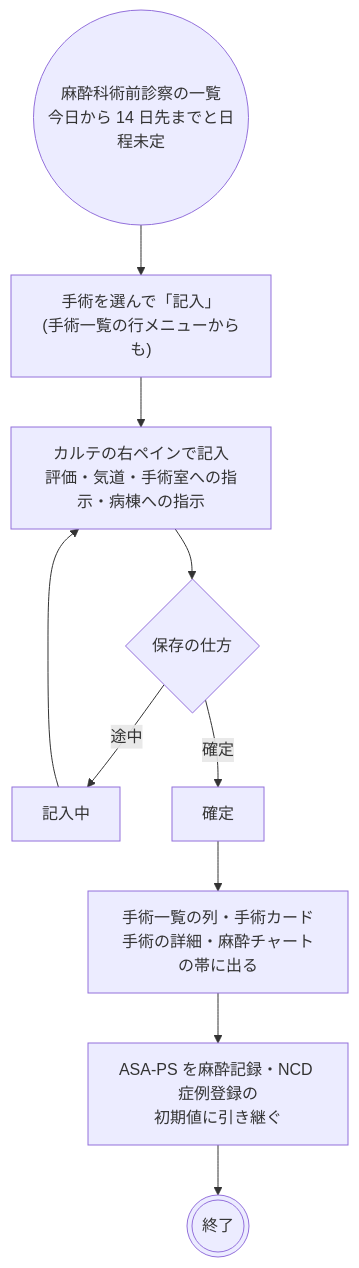
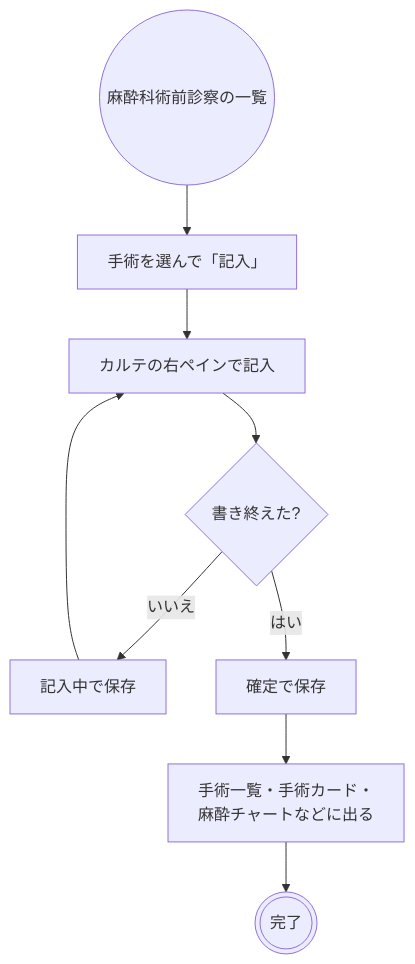
The fifth of 6 diagrams in docs/flows/surgery.md (ysnr-dev/fhir-client-docs), drawn with Mermaid before and after one commit. The commit also changed other lines of this file and 43 other files, not shown here.

Commit message:
docs: 業務フローとシーケンス図を写し直し

````diff
--- a/docs/flows/surgery.md
+++ b/docs/flows/surgery.md
@@ -173,16 +216,15 @@
 ```mermaid
 flowchart TD
-  list(("麻酔科術前診察の一覧<br/>今日から 14 日先までと日程未定"))
-  pick["手術を選んで「記入」<br/>(手術一覧の行メニューからも)"]
-  write["カルテの右ペインで記入<br/>評価・気道・手術室への指示・病棟への指示"]
-  status{"保存の仕方"}
-  draft["記入中"]
-  final["確定"]
-  shown["手術一覧の列・手術カード<br/>手術の詳細・麻酔チャートの帯に出る"]
-  carry["ASA-PS を麻酔記録・NCD 症例登録の<br/>初期値に引き継ぐ"]
-  done((("終了")))
+  list(("麻酔科術前診察の一覧"))
+  pick["手術を選んで「記入」"]
+  write["カルテの右ペインで記入"]
+  status{"書き終えた?"}
+  draft["記入中で保存"]
+  final["確定で保存"]
+  shown["手術一覧・手術カード・<br/>麻酔チャートなどに出る"]
+  done((("完了")))
 
   list --> pick --> write --> status
-  status -- "途中" --> draft --> write
-  status -- "確定" --> final --> shown --> carry --> done
+  status -- "いいえ" --> draft --> write
+  status -- "はい" --> final --> shown --> done
 ```
````
